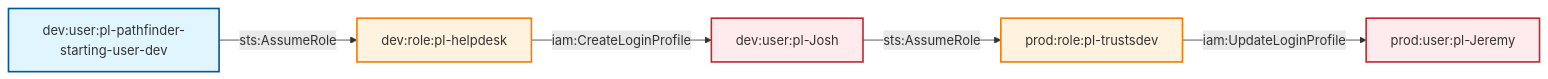
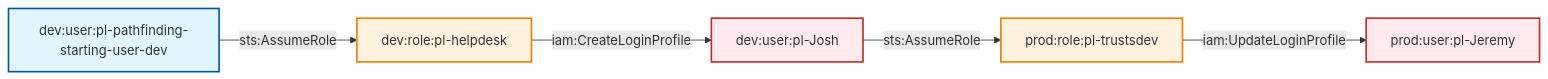
One commit to DataDog/pathfinding-labs changed the diagram in modules/scenarios/cross-account/dev-to-prod/multi-hop/multi-hop-both-sides/README.md. Above: the diagram before and after it, drawn with Mermaid. The commit also changed other lines of this file and 67 other files, not shown here.

First line of the commit message:
Rename project from pathfinder-labs to pathfinding-labs

````diff
--- a/modules/scenarios/cross-account/dev-to-prod/multi-hop/multi-hop-both-sides/README.md
+++ b/modules/scenarios/cross-account/dev-to-prod/multi-hop/multi-hop-both-sides/README.md
@@ -18,26 +18,26 @@
 ```mermaid
 graph LR
     %% Nodes
-    Pathfinder[dev:user:pl-pathfinder-starting-user-dev]
+    Pathfinder[dev:user:pl-pathfinding-starting-user-dev]
     Helpdesk[dev:role:pl-helpdesk]
     Josh[dev:user:pl-Josh]
     TrustsDev[prod:role:pl-trustsdev]
     Jeremy[prod:user:pl-Jeremy]
     
     %% Edges
     Pathfinder -->|sts:AssumeRole| Helpdesk
     Helpdesk -->|iam:CreateLoginProfile| Josh
     Josh -->|sts:AssumeRole| TrustsDev
     TrustsDev -->|iam:UpdateLoginProfile| Jeremy
     
     %% Styling
     classDef userNode fill:#e1f5fe,stroke:#01579b,stroke-width:2px
     classDef roleNode fill:#fff3e0,stroke:#f57c00,stroke-width:2px
     classDef adminNode fill:#ffebee,stroke:#c62828,stroke-width:2px
     
     class Pathfinder userNode
     class Helpdesk roleNode
     class Josh adminNode
     class TrustsDev roleNode
     class Jeremy adminNode
 ```
````
